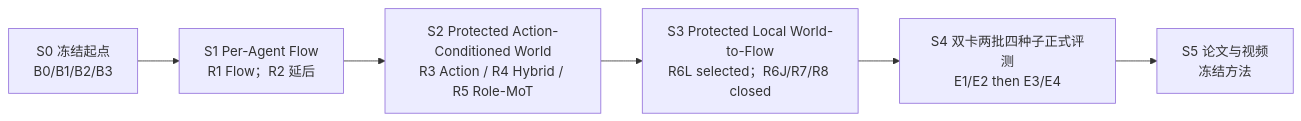
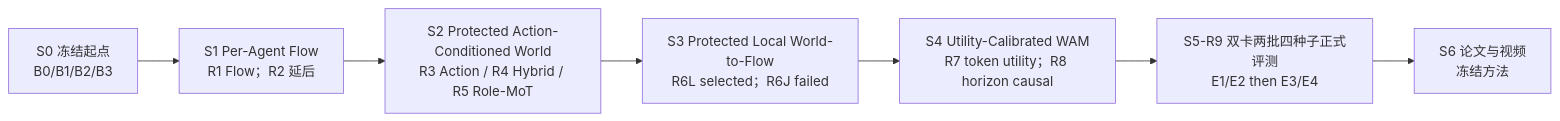
One commit to Jeong-zju/before-we-act changed the first of 2 diagrams in docs/plans/20260725_P1_MULTI_ROBOT_MODEL_ARCHITECTURE_ACTION_GENERATION_ROADMAP_V2.0_ZH.md. Above: the diagram before and after it, drawn with Mermaid. The commit also changed other lines of this file, not shown here.

Commit message:
docs(s4): define R7 and R8 paired improvement roadmap

````diff
--- a/docs/plans/20260725_P1_MULTI_ROBOT_MODEL_ARCHITECTURE_ACTION_GENERATION_ROADMAP_V2.0_ZH.md
+++ b/docs/plans/20260725_P1_MULTI_ROBOT_MODEL_ARCHITECTURE_ACTION_GENERATION_ROADMAP_V2.0_ZH.md
@@ -175,11 +236,12 @@
 ```mermaid
 flowchart LR
     S0["S0 冻结起点<br/>B0/B1/B2/B3"]
     S1["S1 Per-Agent Flow<br/>R1 Flow；R2 延后"]
     S2["S2 Protected Action-Conditioned World<br/>R3 Action / R4 Hybrid / R5 Role-MoT"]
-    S3["S3 Protected Local World-to-Flow<br/>R6L selected；R6J/R7/R8 closed"]
-    S4["S4 双卡两批四种子正式评测<br/>E1/E2 then E3/E4"]
-    S5["S5 论文与视频<br/>冻结方法"]
+    S3["S3 Protected Local World-to-Flow<br/>R6L selected；R6J failed"]
+    S4["S4 Utility-Calibrated WAM<br/>R7 token utility；R8 horizon causal"]
+    S5["S5-R9 双卡两批四种子正式评测<br/>E1/E2 then E3/E4"]
+    S6["S6 论文与视频<br/>冻结方法"]
 
-    S0 --> S1 --> S2 --> S3 --> S4 --> S5
+    S0 --> S1 --> S2 --> S3 --> S4 --> S5 --> S6
 ```
````
